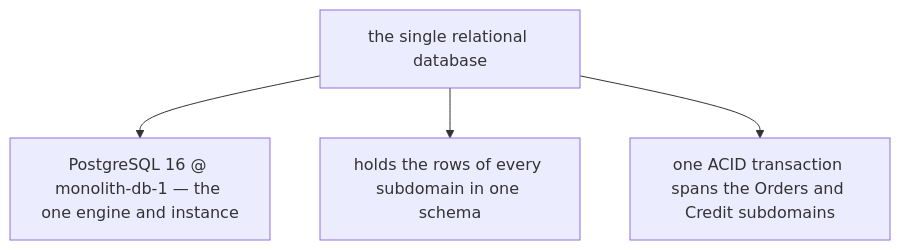
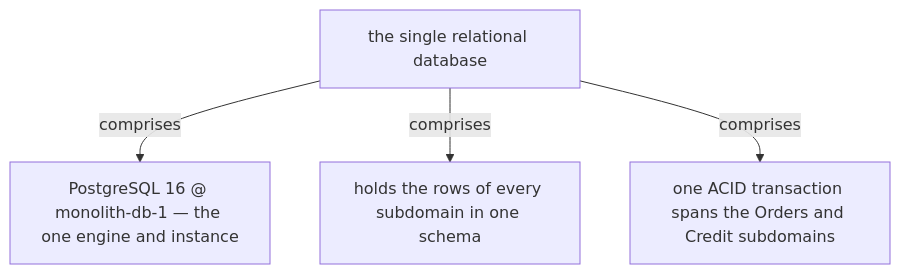
One commit to vinayakuber/microservices-io-study-guide changed the sixth of 13 diagrams in docs/ch01-monolithic-architecture.md. Above: the diagram before and after it, drawn with Mermaid. The commit also changed other lines of this file and 71 other files, not shown here.

First line of the commit message:
R18: label every diagram arrow with its meaning

````diff
--- a/docs/ch01-monolithic-architecture.md
+++ b/docs/ch01-monolithic-architecture.md
@@ -289,7 +289,7 @@
 ```mermaid
 flowchart TD
   R["the single relational database"]
-  R --> P0["PostgreSQL 16 @ monolith-db-1 — the one engine and instance"]
-  R --> P1["holds the rows of every subdomain in one schema"]
-  R --> P2["one ACID transaction spans the Orders and Credit subdomains"]
+  R -->|"comprises"| P0["PostgreSQL 16 @ monolith-db-1 — the one engine and instance"]
+  R -->|"comprises"| P1["holds the rows of every subdomain in one schema"]
+  R -->|"comprises"| P2["one ACID transaction spans the Orders and Credit subdomains"]
 ```
````
